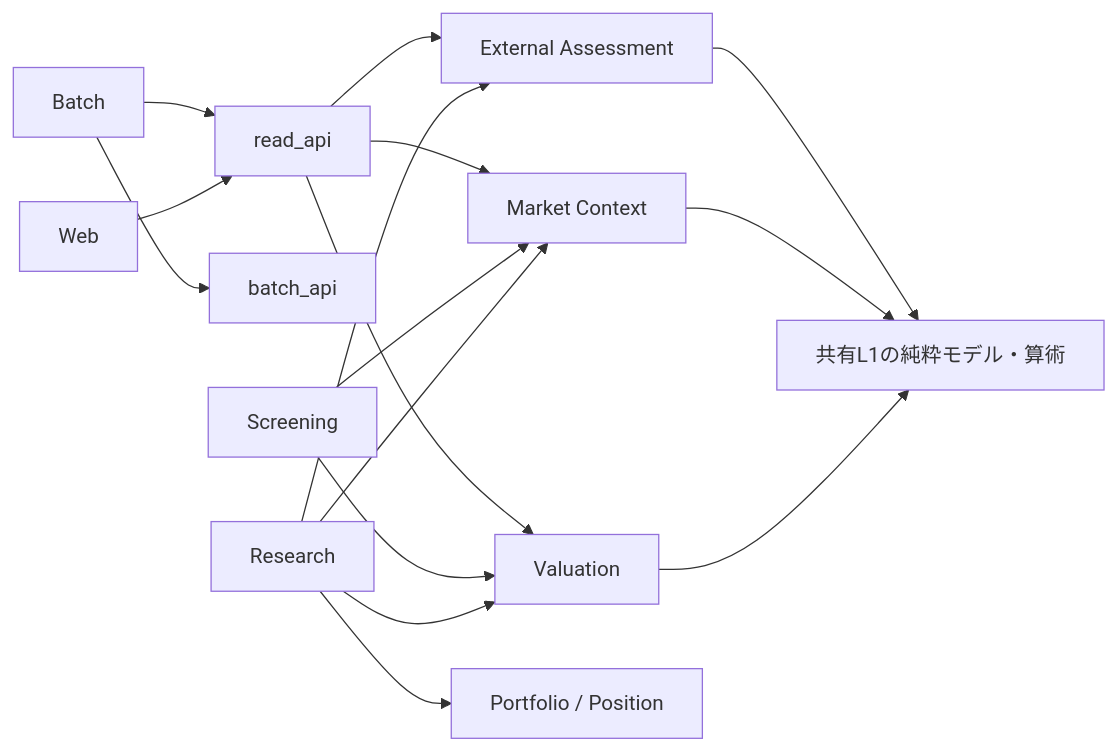
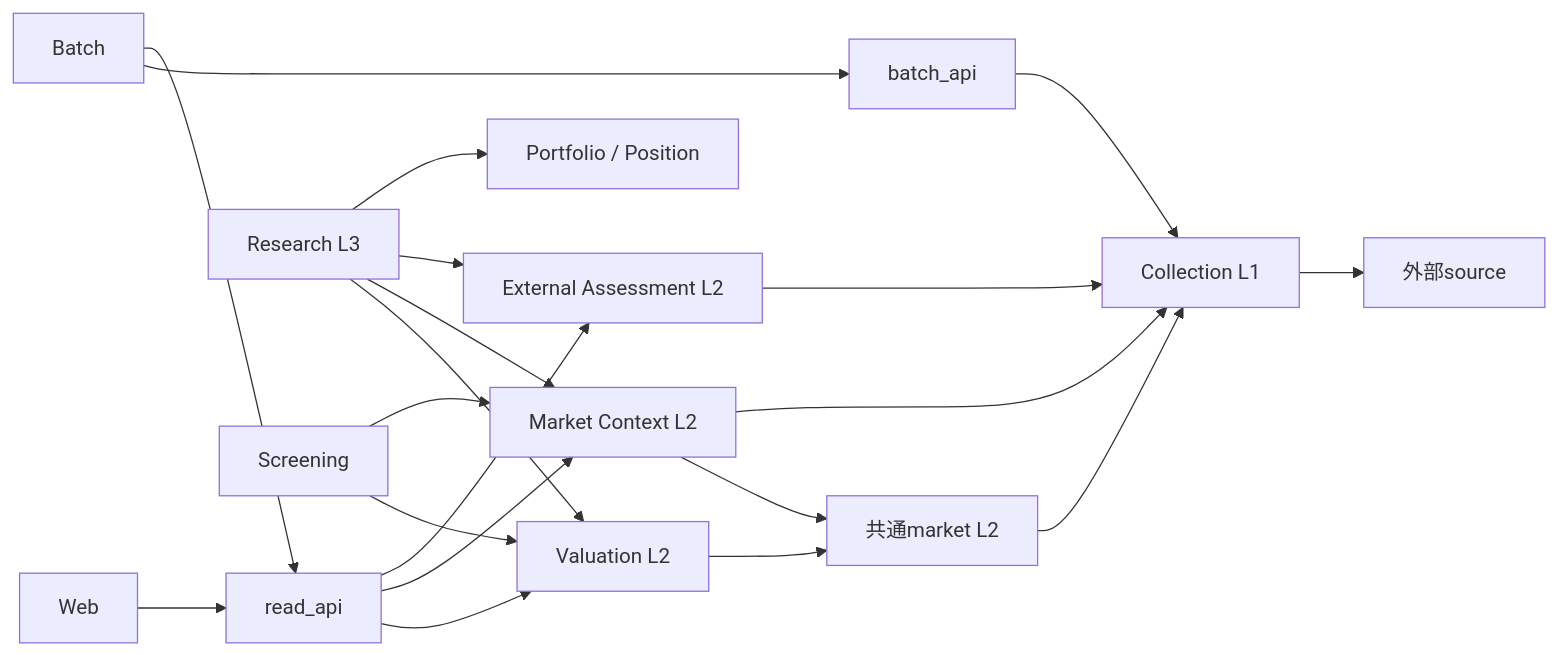
Before and after one commit to koumatsumoto/baibai-loop: the diagram in docs/architecture.md, drawn with Mermaid. The commit also changed other lines of this file and 7 other files, not shown here.

Commit message:
docs: align collection architecture and fresh baseline boundaries

````diff
--- a/docs/architecture.md
+++ b/docs/architecture.md
@@ -40,18 +42,22 @@
 ```mermaid
 flowchart LR
     web[Web] --> read[read_api]
     batch[Batch] --> api[batch_api]
     batch --> read
-    research[Research] --> valuation[Valuation]
-    research --> context[Market Context]
-    research --> external[External Assessment]
+    read --> valuation[Valuation L2]
+    read --> context[Market Context L2]
+    read --> external[External Assessment L2]
+    research[Research L3] --> valuation
+    research --> context
+    research --> external
+    research --> position[Portfolio / Position]
     screening[Screening] --> valuation
     screening --> context
-    read --> valuation
-    read --> context
-    read --> external
-    valuation --> facts[共有L1の純粋モデル・算術]
-    context --> facts
-    external --> facts
-    research --> position[Portfolio / Position]
+    valuation --> market[共通market L2]
+    context --> market
+    context --> collection[Collection L1]
+    external --> collection
+    market --> collection
+    api --> collection
+    collection --> sources[外部source]
 ```
````
